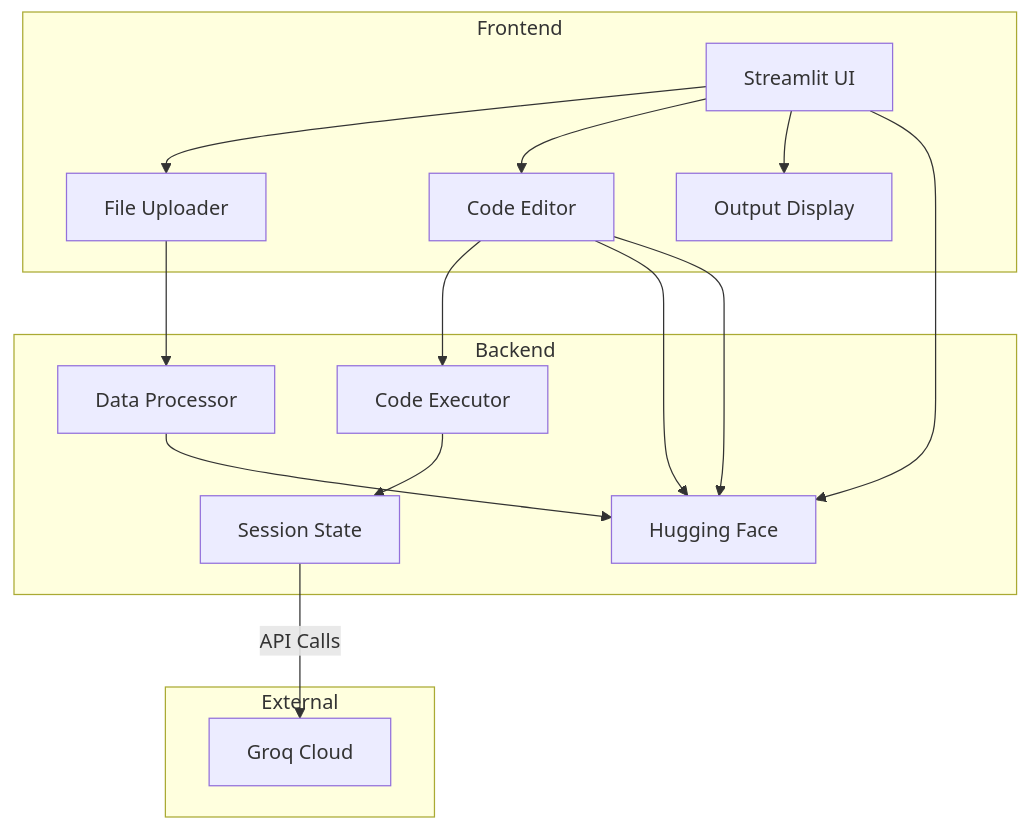
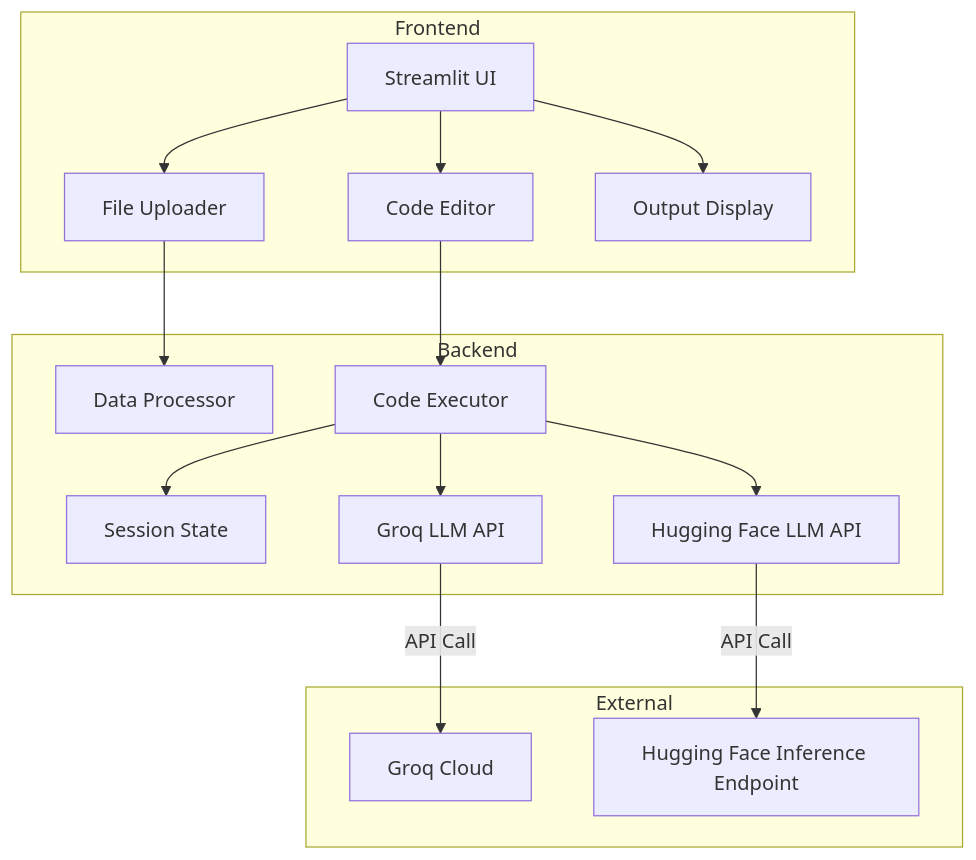
The diagram in README.md (ardiannurcahya/DataCoder-AI), drawn with Mermaid before and after one commit.

````diff
--- a/README.md
+++ b/README.md
@@ -64,22 +64,21 @@
 ```mermaid
 flowchart TB
-     subgraph Frontend
-         A[Streamlit UI] --> B[File Uploader]
-         A --> C[Code Editor]
-         A --> D[Output Display]
-     end
- 
-     subgraph Backend
-         B --> E[Data Processor]
-         C --> F[Code Executor]
-         C --> G[Groq LLM API]
-         F --> H[Session State]
-         E --> G[Hugging Face]
-         C --> G[Hugging Face]
-         A --> G[Hugging Face]
-     end
- 
-     subgraph External
-         H -->|API Calls| I[Groq Cloud]
-     end
+    subgraph Frontend
+        A[Streamlit UI] --> B[File Uploader]
+        A --> C[Code Editor]
+        A --> D[Output Display]
+    end
+
+    subgraph Backend
+        B --> E[Data Processor]
+        C --> F[Code Executor]
+        F --> H[Session State]
+        F --> G1[Groq LLM API]
+        F --> G2[Hugging Face LLM API]
+    end
+
+    subgraph External
+        G1 -->|API Call| I[Groq Cloud]
+        G2 -->|API Call| J[Hugging Face Inference Endpoint]
+    end
 ```
````
